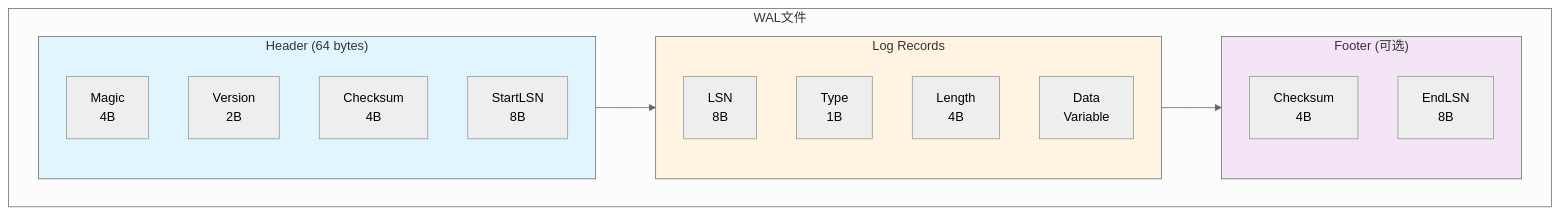
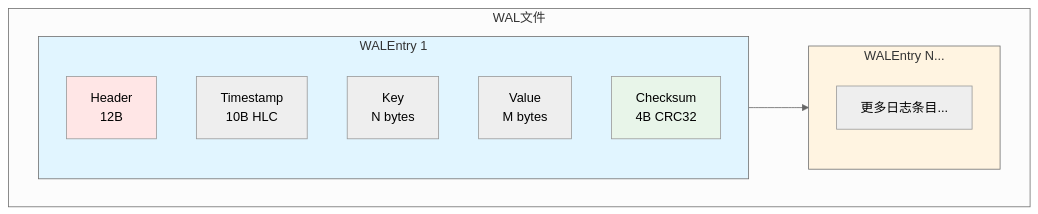
One commit to jzhang405/NexKV changed the third of 7 diagrams in docs/02_design/modules/03_WAL崩溃恢复.md. Above: the diagram before and after it, drawn with Mermaid (neutral theme). The commit also changed other lines of this file and 14 other files, not shown here.

First line of the commit message:
docs: 添加实现状态分析与开发路线图

````diff
--- a/docs/02_design/modules/03_WAL崩溃恢复.md
+++ b/docs/02_design/modules/03_WAL崩溃恢复.md
@@ -70,29 +70,23 @@
 ```mermaid
 flowchart TB
     subgraph WAL文件
-        subgraph Header ["Header (64 bytes)"]
-            H1["Magic<br/>4B"]
-            H2["Version<br/>2B"]
-            H3["Checksum<br/>4B"]
-            H4["StartLSN<br/>8B"]
+        subgraph Entry1 ["WALEntry 1"]
+            E1A["Header<br/>12B"]
+            E1B["Timestamp<br/>10B HLC"]
+            E1C["Key<br/>N bytes"]
+            E1D["Value<br/>M bytes"]
+            E1E["Checksum<br/>4B CRC32"]
         end
 
-        subgraph Records ["Log Records"]
-            R1["LSN<br/>8B"]
-            R2["Type<br/>1B"]
-            R3["Length<br/>4B"]
-            R4["Data<br/>Variable"]
-        end
-
-        subgraph Footer ["Footer (可选)"]
-            F1["Checksum<br/>4B"]
-            F2["EndLSN<br/>8B"]
+        subgraph EntryN ["WALEntry N..."]
+            EN["更多日志条目..."]
         end
     end
 
-    Header --> Records --> Footer
+    Entry1 --> EntryN
 
-    style Header fill:#e1f5ff
-    style Records fill:#fff4e1
-    style Footer fill:#f3e5f5
+    style Entry1 fill:#e1f5ff
+    style EntryN fill:#fff4e1
+    style E1A fill:#ffe6e6
+    style E1E fill:#e8f5e9
 ```
````
